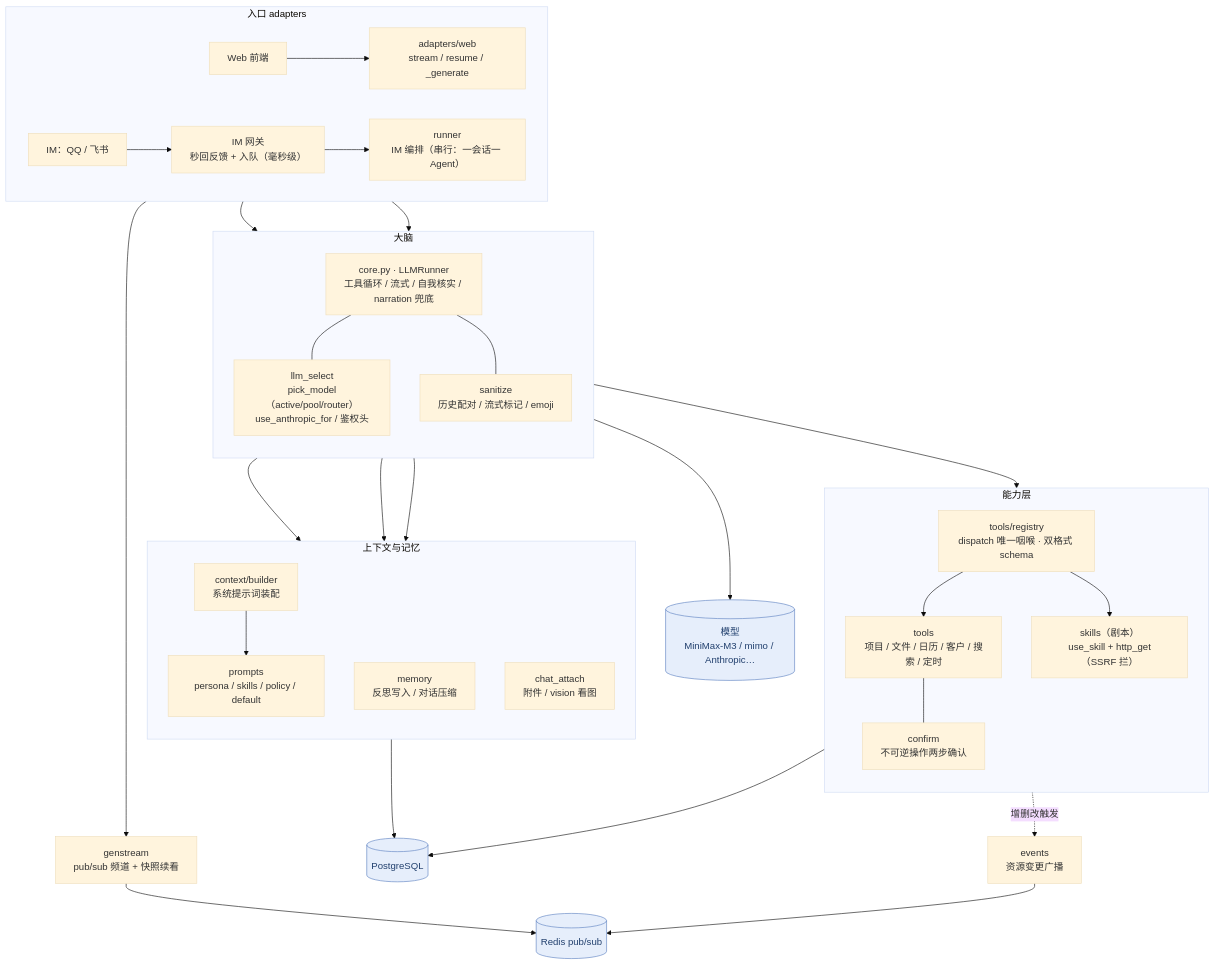
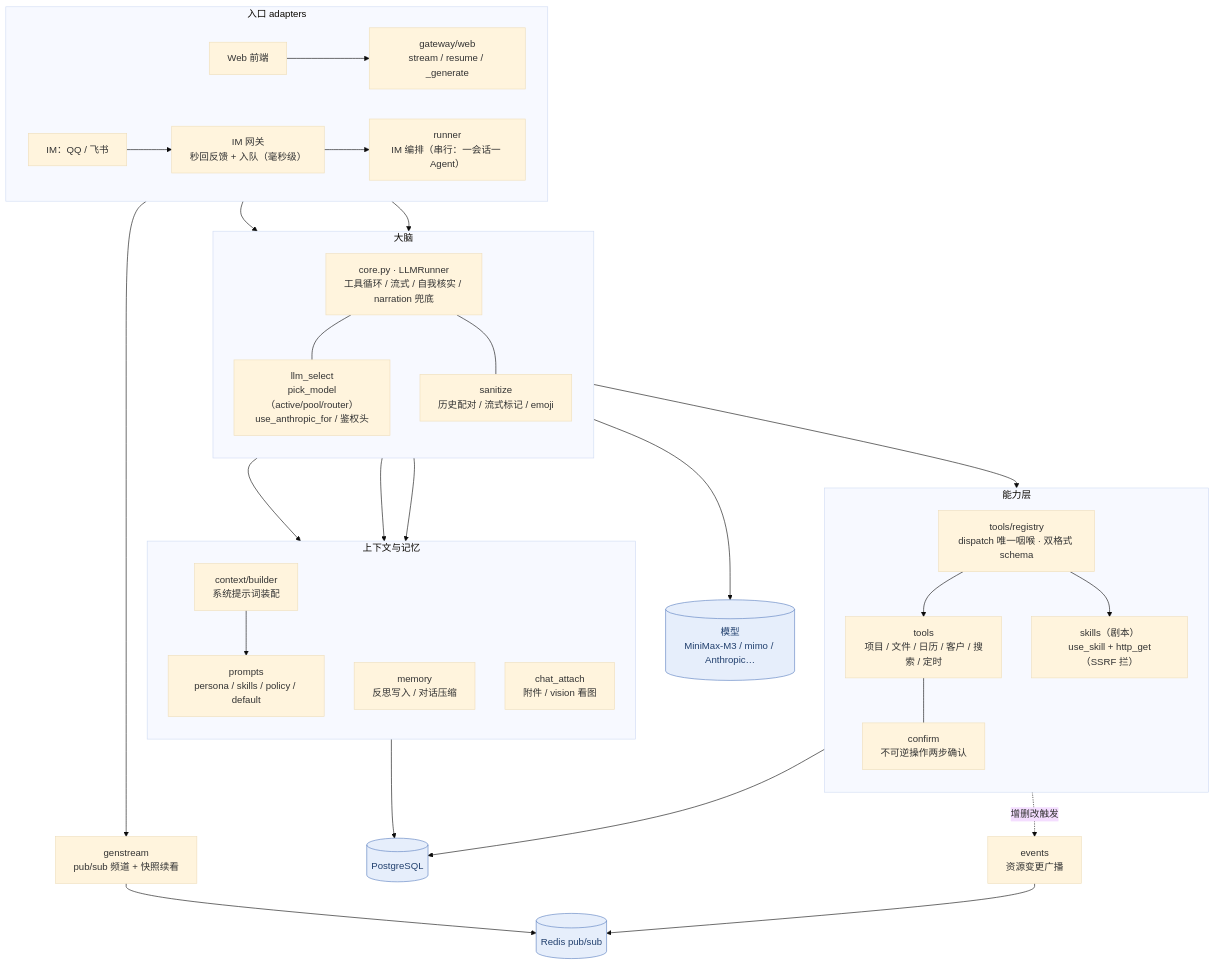
One commit to Coffeiz/Gugu-web changed the third of 4 diagrams in docs/agent/01-架构图.md. Above: the diagram before and after it, drawn with Mermaid (base theme). The commit also changed other lines of this file and 123 other files, not shown here.

````diff
--- a/docs/agent/01-架构图.md
+++ b/docs/agent/01-架构图.md
@@ -115,54 +115,54 @@
 ```mermaid
 flowchart TB
     subgraph IN["入口 adapters"]
         direction LR
-        WEBUI["Web 前端"] --> WEBAD["adapters/web<br/>stream / resume / _generate"]
+        WEBUI["Web 前端"] --> WEBAD["gateway/web<br/>stream / resume / _generate"]
         IMC["IM：QQ / 飞书"] --> IMGW["IM 网关<br/>秒回反馈 + 入队（毫秒级）"] --> IMRUN["runner<br/>IM 编排（串行：一会话一 Agent）"]
     end
 
     subgraph BRAIN["大脑"]
         direction TB
         CORE["core.py · LLMRunner<br/>工具循环 / 流式 / 自我核实 / narration 兜底"]
         LLMSEL["llm_select<br/>pick_model（active/pool/router）<br/>use_anthropic_for / 鉴权头"]
         SANI["sanitize<br/>历史配对 / 流式标记 / emoji"]
         CORE --- LLMSEL
         CORE --- SANI
     end
     WEBAD --> CORE
     IMRUN --> CORE
     WEBAD --> GS["genstream<br/>pub/sub 频道 + 快照续看"]
 
     subgraph CAP["能力层"]
         direction TB
         REG["tools/registry<br/>dispatch 唯一咽喉 · 双格式 schema"]
         TOOLS["tools<br/>项目 / 文件 / 日历 / 客户 / 搜索 / 定时"]
         SKILLS["skills（剧本）<br/>use_skill + http_get（SSRF 拦）"]
         CONF["confirm<br/>不可逆操作两步确认"]
         REG --> TOOLS
         REG --> SKILLS
         TOOLS --- CONF
     end
     CORE --> REG
 
     subgraph CM["上下文与记忆"]
         direction TB
         BUILDER["context/builder<br/>系统提示词装配"]
         PROMPTS["prompts<br/>persona / skills / policy / default"]
         MEM["memory<br/>反思写入 / 对话压缩"]
         ATTACH["chat_attach<br/>附件 / vision 看图"]
         BUILDER --> PROMPTS
     end
     CORE --> BUILDER
     CORE --> MEM
     CORE --> ATTACH
 
     LLMSEL --> MODELS[("模型<br/>MiniMax-M3 / mimo / Anthropic…")]
     REG --> PG[("PostgreSQL")]
     MEM --> PG
     GS --> REDIS[("Redis pub/sub")]
     EVT["events<br/>资源变更广播"] --> REDIS
     REG -.->|"增删改触发"| EVT
 
     classDef store fill:#e6eefb,stroke:#5a7fc0,color:#22406e;
     class MODELS,PG,REDIS store;
 ```
````
